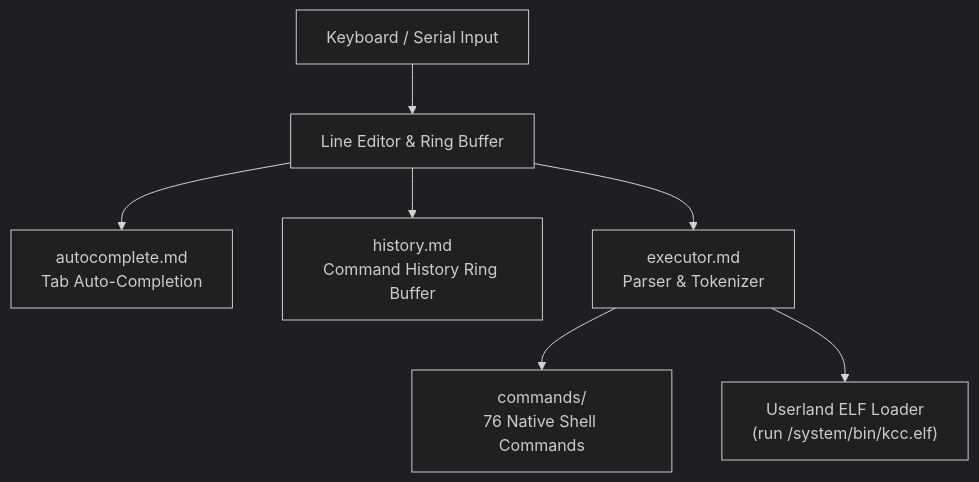
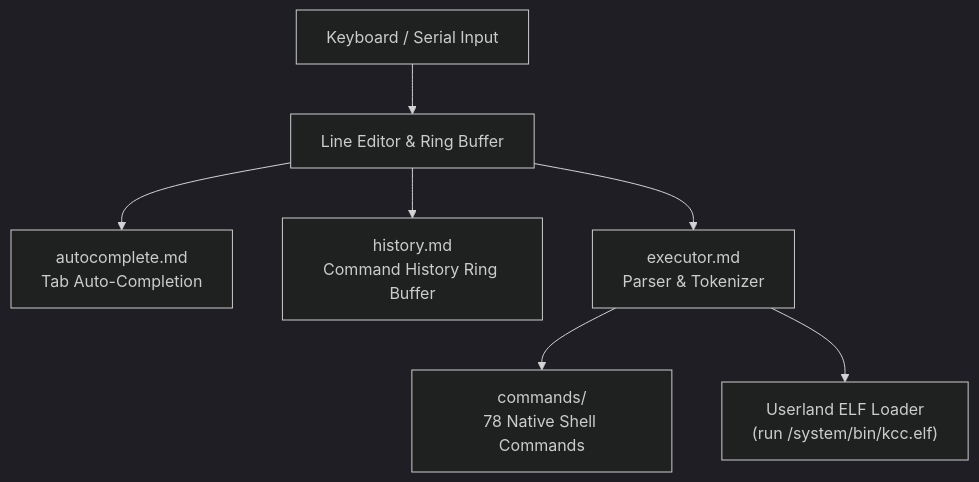
The diagram in docs/shell/README.md (mrvlous/keira), drawn with Mermaid (dark theme) before and after one commit. The commit also changed other lines of this file and 21 other files, not shown here.

````diff
--- a/docs/shell/README.md
+++ b/docs/shell/README.md
@@ -11,9 +11,9 @@
 ```mermaid
 graph TD
     Input["Keyboard / Serial Input"] --> Line["Line Editor & Ring Buffer"]
     Line --> Auto["autocomplete.md<br/>Tab Auto-Completion"]
     Line --> Hist["history.md<br/>Command History Ring Buffer"]
     Line --> Exec["executor.md<br/>Parser & Tokenizer"]
-    Exec --> Cmds["commands/<br/>76 Native Shell Commands"]
+    Exec --> Cmds["commands/<br/>78 Native Shell Commands"]
     Exec --> Userland["Userland ELF Loader<br/>(run /system/bin/kcc.elf)"]
 ```
````
